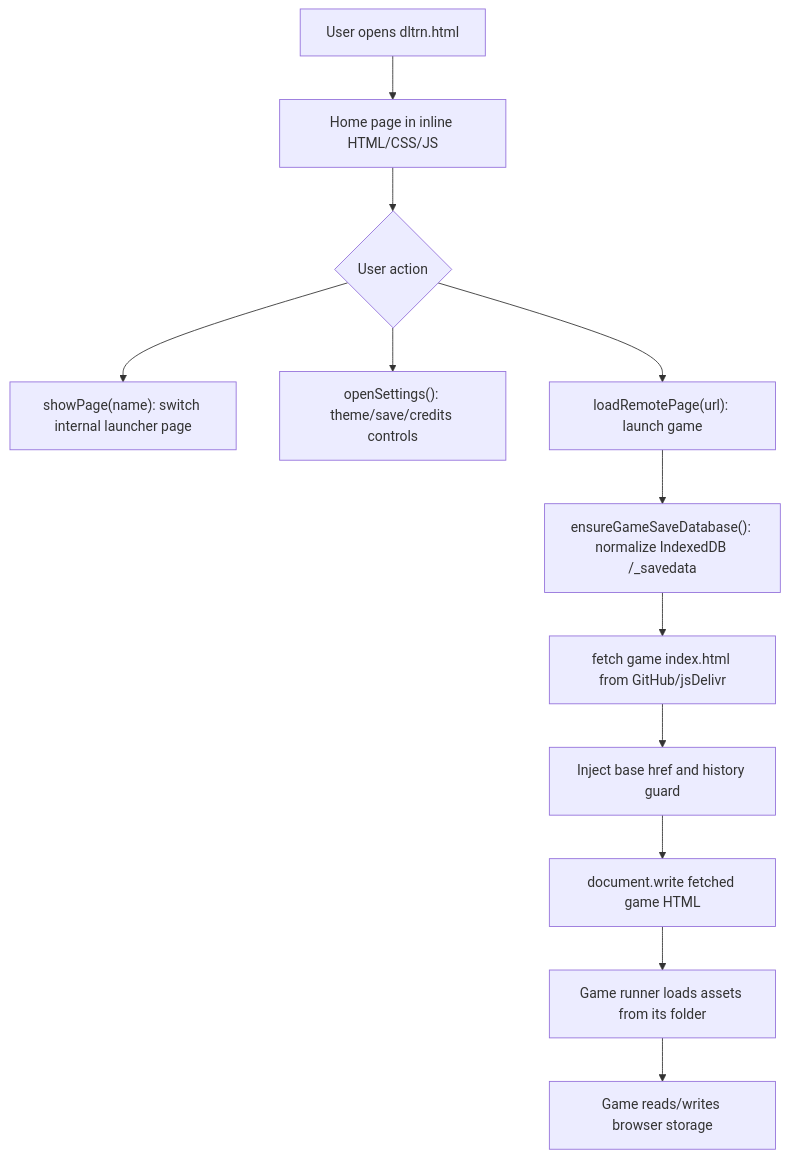
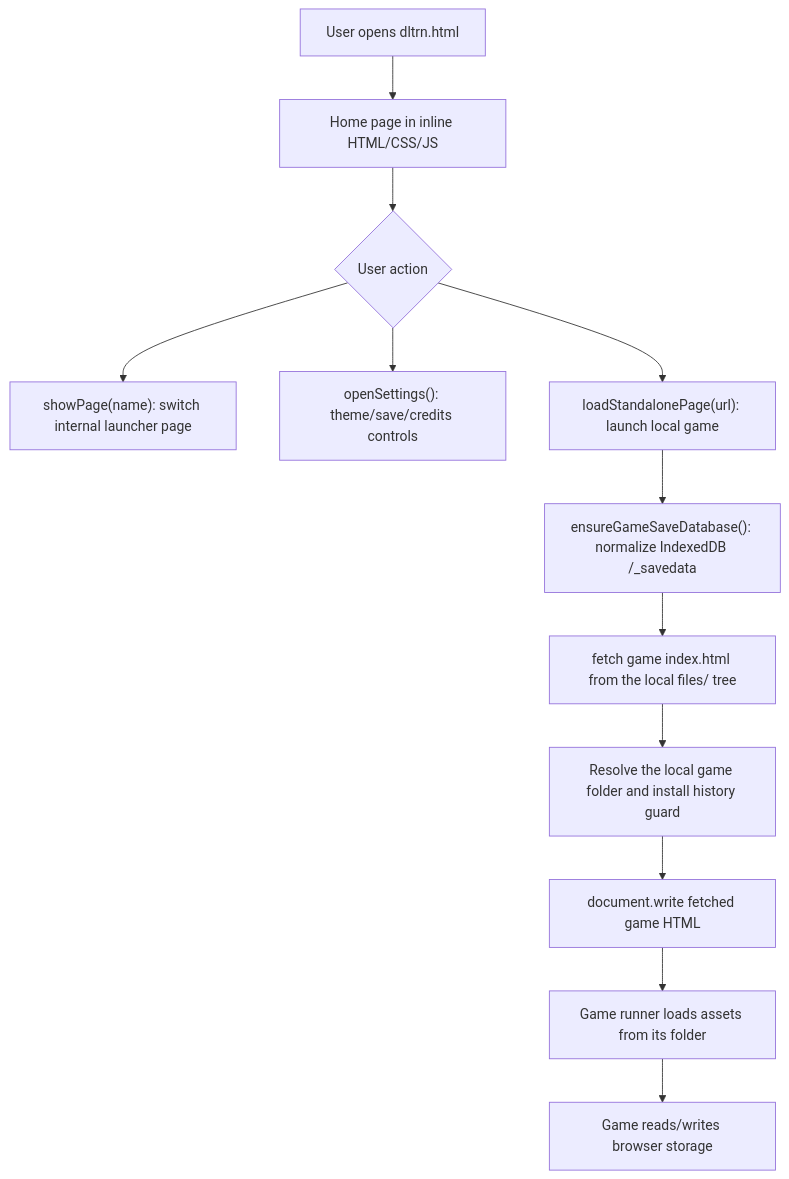
One commit to Camzzz-vrgt/Toby-Web changed the first of 3 diagrams in CODEX_PROJECT_CONTEXT.md. Above: the diagram before and after it, drawn with Mermaid. The commit also changed other lines of this file and 70 other files, not shown here.

````diff
--- a/CODEX_PROJECT_CONTEXT.md
+++ b/CODEX_PROJECT_CONTEXT.md
@@ -1165,14 +1156,14 @@
 ```mermaid
 flowchart TD
   A["User opens dltrn.html"] --> B["Home page in inline HTML/CSS/JS"]
   B --> C{"User action"}
   C --> D["showPage(name): switch internal launcher page"]
   C --> E["openSettings(): theme/save/credits controls"]
-  C --> F["loadRemotePage(url): launch game"]
+  C --> F["loadStandalonePage(url): launch local game"]
   F --> G["ensureGameSaveDatabase(): normalize IndexedDB /_savedata"]
-  G --> H["fetch game index.html from GitHub/jsDelivr"]
-  H --> I["Inject base href and history guard"]
+  G --> H["fetch game index.html from the local files/ tree"]
+  H --> I["Resolve the local game folder and install history guard"]
   I --> J["document.write fetched game HTML"]
   J --> K["Game runner loads assets from its folder"]
   K --> L["Game reads/writes browser storage"]
 ```
````
